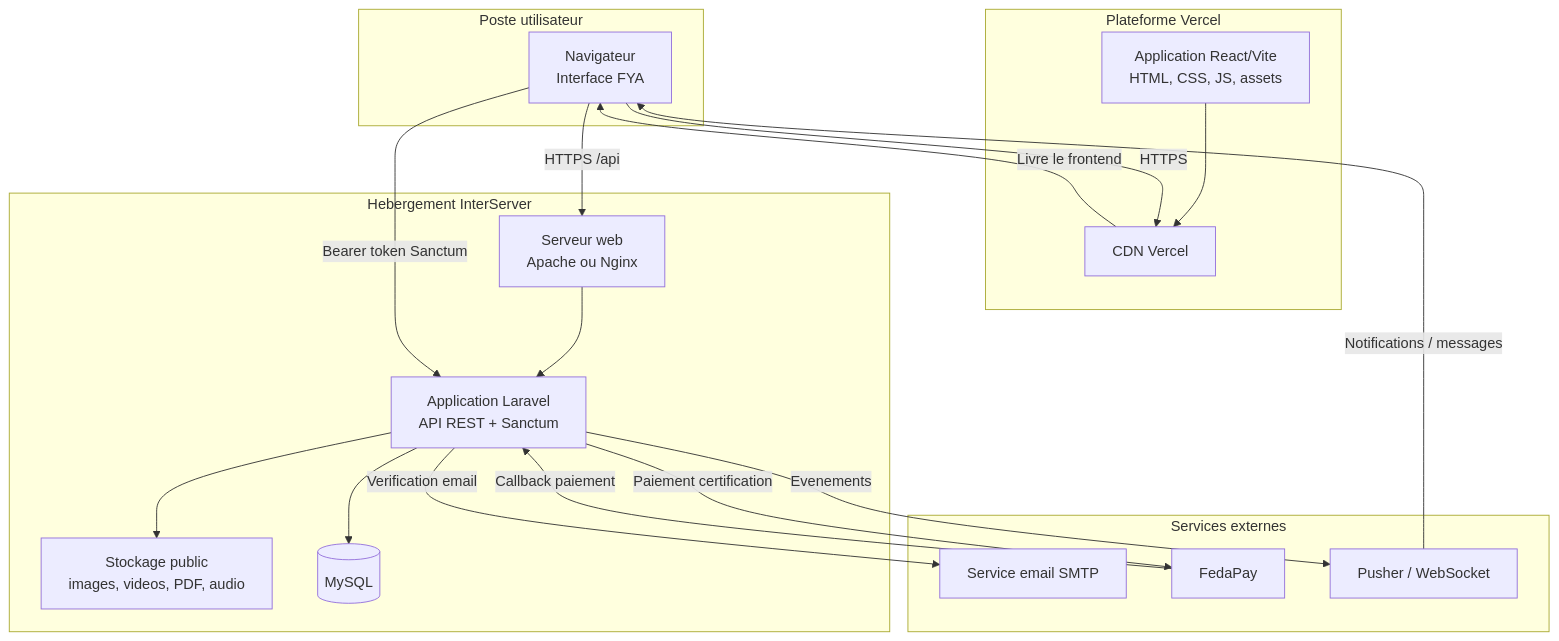
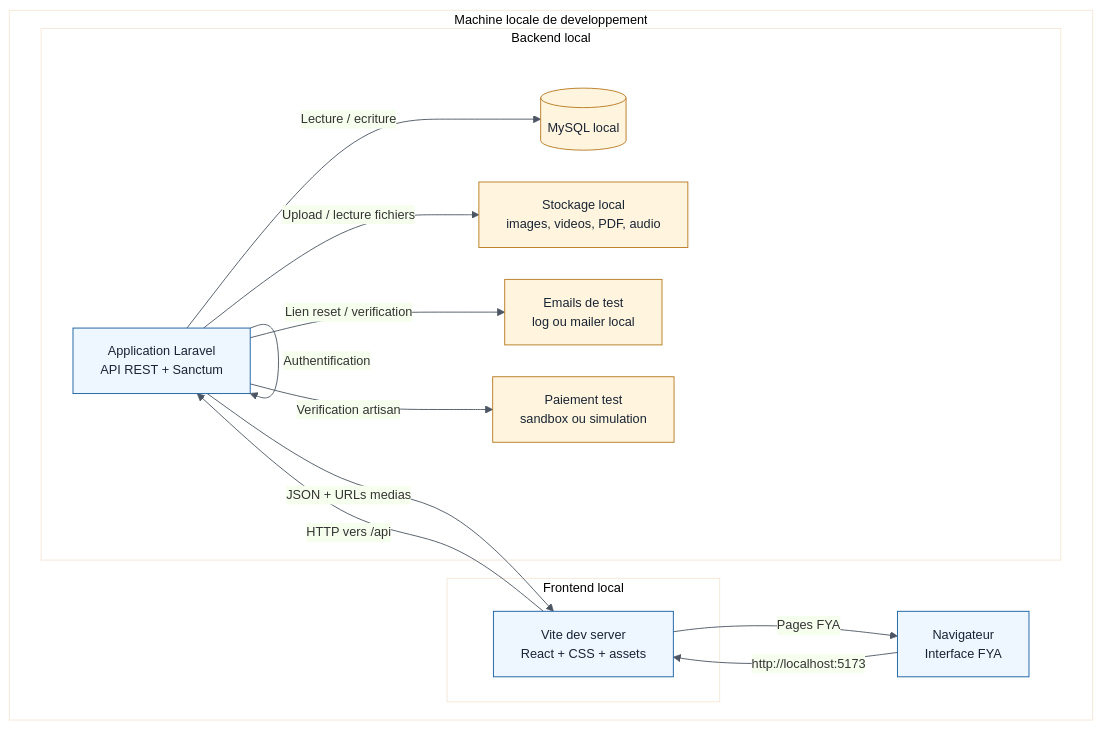
The second of 3 diagrams in UML/diagramme-deploiement.md (Exauce13/fya-front-end), drawn with Mermaid before and after one commit. The commit also changed other lines of this file and 104 other files, not shown here.

````diff
--- a/UML/diagramme-deploiement.md
+++ b/UML/diagramme-deploiement.md
@@ -28,38 +32,34 @@
 ```mermaid
+%%{init: {"theme": "base", "themeVariables": {"fontFamily": "Arial", "fontSize": "14px", "primaryColor": "#EEF6FF", "primaryBorderColor": "#145DA0", "lineColor": "#4B5563", "textColor": "#182433"}, "flowchart": {"curve": "basis", "nodeSpacing": 35, "rankSpacing": 45}}}%%
 flowchart TD
-    subgraph Client["Poste utilisateur"]
+    subgraph Poste["Machine locale de developpement"]
         Browser[Navigateur<br/>Interface FYA]
+
+        subgraph Frontend["Frontend local"]
+            Vite[Vite dev server<br/>React + CSS + assets]
+        end
+
+        subgraph Backend["Backend local"]
+            Laravel[Application Laravel<br/>API REST + Sanctum]
+            Storage[Stockage local<br/>images, videos, PDF, audio]
+            Database[(MySQL local)]
+            Mail[Emails de test<br/>log ou mailer local]
+            Payment[Paiement test<br/>sandbox ou simulation]
+        end
     end
 
-    subgraph Vercel["Plateforme Vercel"]
-        Front[Application React/Vite<br/>HTML, CSS, JS, assets]
-        CDN[CDN Vercel]
-        Front --> CDN
-    end
+    Browser -->|http://localhost:5173| Vite
+    Vite -->|HTTP vers /api| Laravel
+    Laravel -->|Authentification| Laravel
+    Laravel -->|Lecture / ecriture| Database
+    Laravel -->|Upload / lecture fichiers| Storage
+    Laravel -->|Lien reset / verification| Mail
+    Laravel -->|Verification artisan| Payment
+    Laravel -->|JSON + URLs medias| Vite
+    Vite -->|Pages FYA| Browser
 
-    subgraph InterServer["Hebergement InterServer"]
-        Web[Serveur web<br/>Apache ou Nginx]
-        Laravel[Application Laravel<br/>API REST + Sanctum]
-        Storage[Stockage public<br/>images, videos, PDF, audio]
-        Database[(MySQL)]
-        Web --> Laravel
-        Laravel --> Database
-        Laravel --> Storage
-    end
-
-    subgraph Services["Services externes"]
-        Email[Service email SMTP]
-        Fedapay[FedaPay]
-        Realtime[Pusher / WebSocket]
-    end
-
-    Browser -->|HTTPS| CDN
-    CDN -->|Livre le frontend| Browser
-    Browser -->|HTTPS /api| Web
-    Browser -->|Bearer token Sanctum| Laravel
-    Laravel -->|Verification email| Email
-    Laravel -->|Paiement certification| Fedapay
-    Fedapay -->|Callback paiement| Laravel
-    Laravel -->|Evenements| Realtime
-    Realtime -->|Notifications / messages| Browser
+    classDef node fill:#EEF6FF,stroke:#145DA0,color:#182433,font-size:14px
+    classDef data fill:#FFF4DE,stroke:#B7791F,color:#182433,font-size:14px
+    class Browser,Vite,Laravel node
+    class Storage,Database,Mail,Payment data
 ```
````
